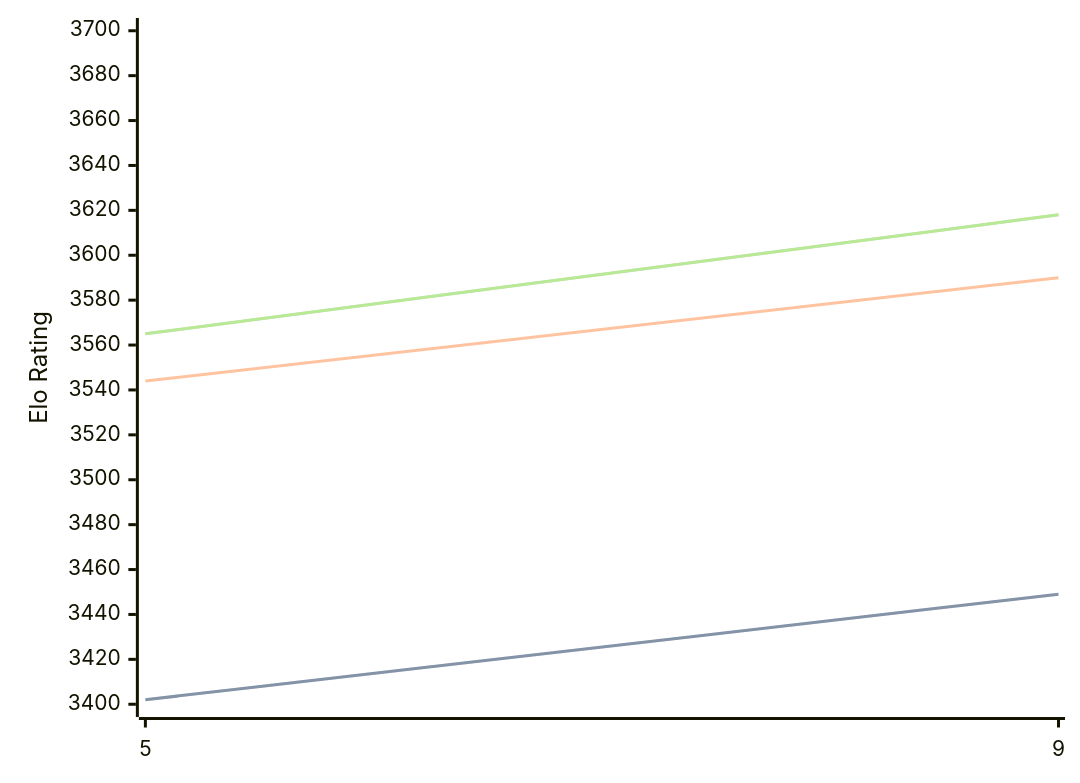
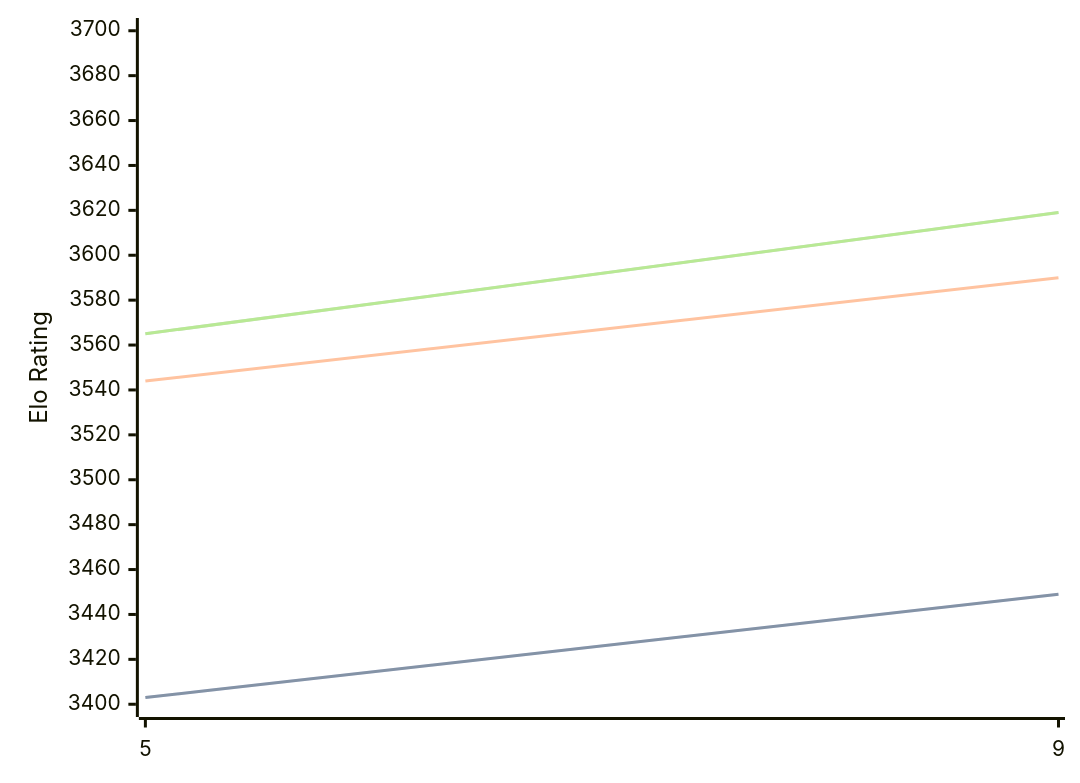
Before and after one commit to computer-chess-index/cci: the diagram in engines/Crystal.md, drawn with Mermaid. The commit also changed other lines of this file, not shown here.

Commit message:
Update CCI Ratings (ELO VLTC) - 2026-04-05

````diff
--- a/engines/Crystal.md
+++ b/engines/Crystal.md
@@ -60,11 +60,11 @@
 ```mermaid
 %%{init: {"theme":"base","themeVariables":{"seriesColors:['#a3a3a3','#222221','#faa371']}}}%%
 xychart-beta
   x-axis ["5", "9"]
   y-axis "Elo Rating" 3400 --> 3700
-  line "STC (8.0+0.08s)" [3402, 3449]
-  line "STC (8.0+0.08s)" [3402, 3449]
+  line "STC (8.0+0.08s)" [3403, 3449]
+  line "STC (8.0+0.08s)" [3403, 3449]
   line "LTC (60.0+0.60s)" [3544, 3590]
-  line "VLTC (2m24s+1.12s)" [3565, 3618]
-  line "VLTC (2m24s+1.12s)" [3565, 3618]
+  line "VLTC (2m24s+1.12s)" [3565, 3619]
+  line "VLTC (2m24s+1.12s)" [3565, 3619]
 ```
````
